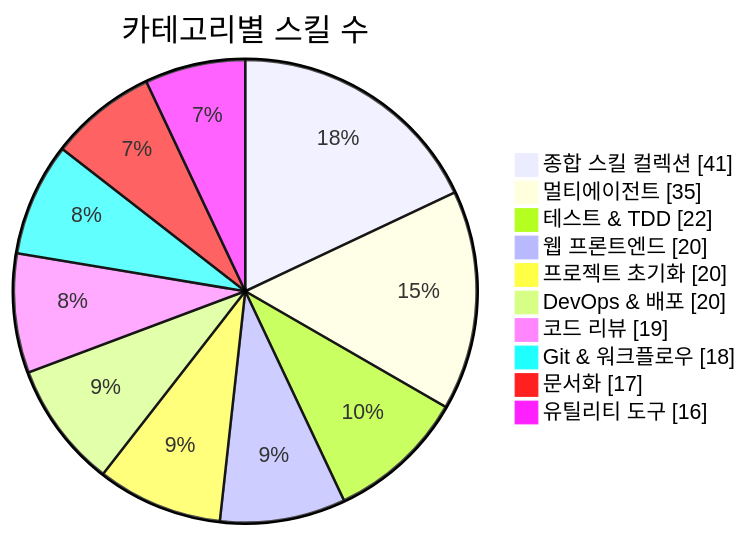
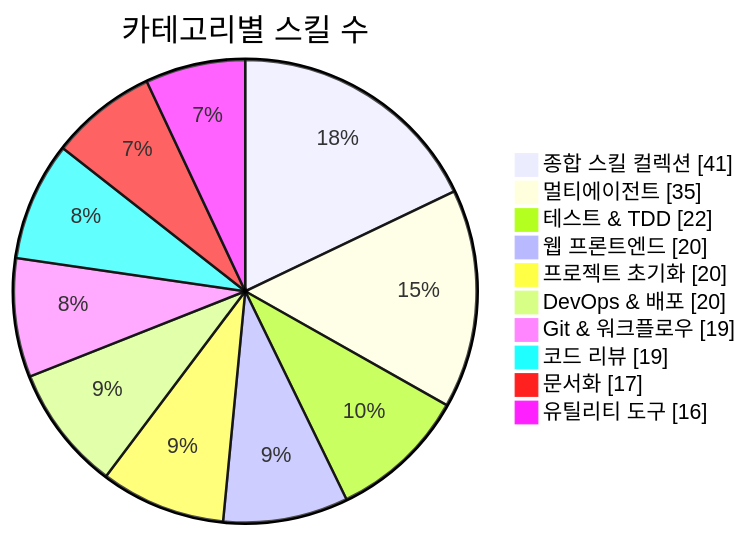
Before and after one commit to J-nowcow/awesome-korean-agent-skills: the first of 3 diagrams in README.md, drawn with Mermaid. The commit also changed other lines of this file and 4 other files, not shown here.

````diff
--- a/README.md
+++ b/README.md
@@ -176,14 +176,14 @@
 ```mermaid
 pie showData
     title 카테고리별 스킬 수
     "종합 스킬 컬렉션" : 41
     "멀티에이전트" : 35
     "테스트 & TDD" : 22
     "웹 프론트엔드" : 20
     "프로젝트 초기화" : 20
     "DevOps & 배포" : 20
+    "Git & 워크플로우" : 19
     "코드 리뷰" : 19
-    "Git & 워크플로우" : 18
     "문서화" : 17
     "유틸리티 도구" : 16
 ```
````
